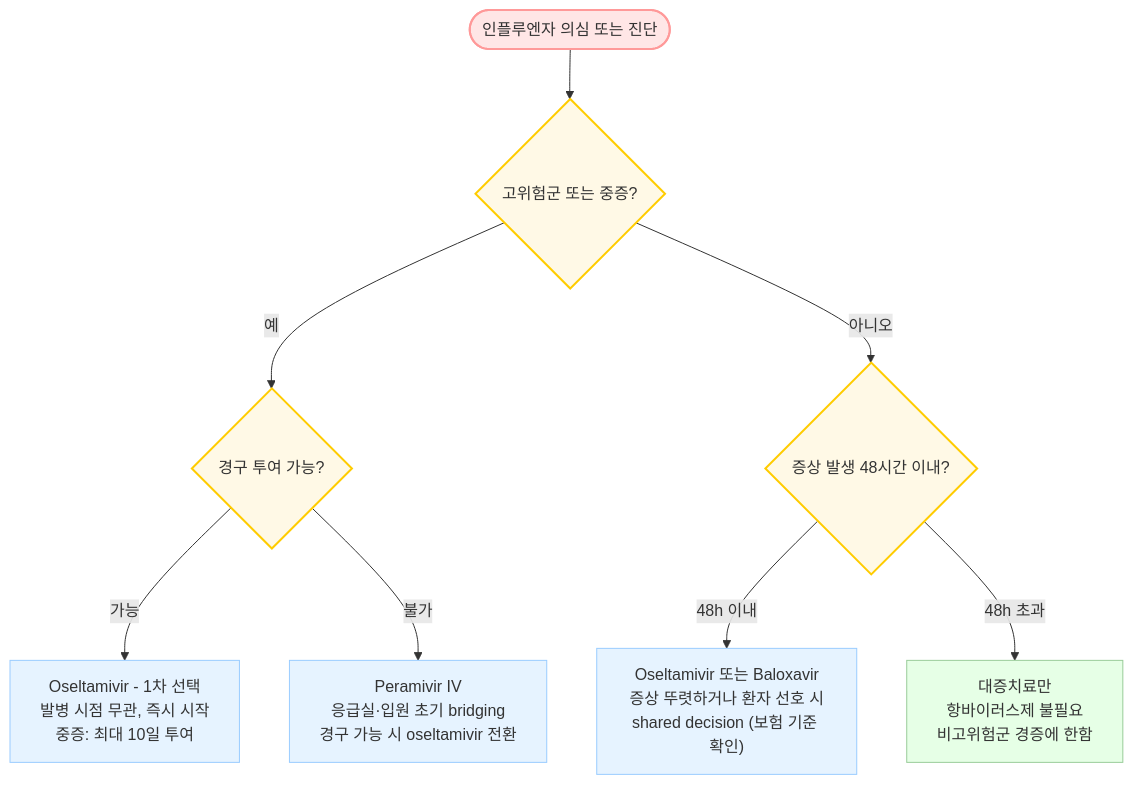
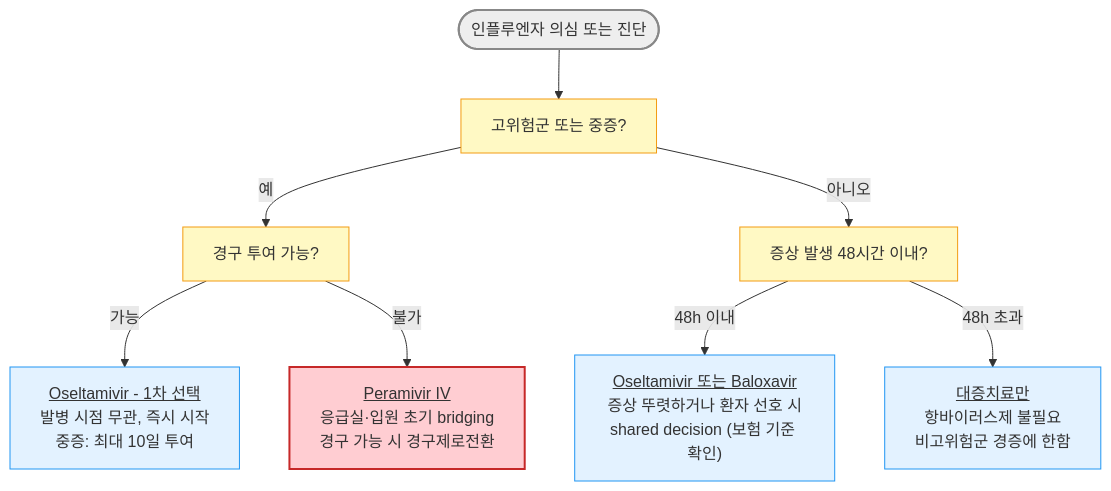
The diagram in 223_/069_-influenza.md (familyoh77/familyoh77), drawn with Mermaid before and after one commit. The commit also changed other lines of this file, not shown here.

````diff
--- a/223_/069_-influenza.md
+++ b/223_/069_-influenza.md
@@ -146,30 +139,28 @@
 ```mermaid
 graph TD
     Start([인플루엔자 의심 또는 진단])
 
-    Q1{고위험군 또는 중증?}
-    Q2{증상 발생 48시간 이내?}
-    Q3{경구 투여 가능?}
+    Q1[고위험군 또는 중증?]
+    Q2[증상 발생 48시간 이내?]
+    Q3[경구 투여 가능?]
 
-    R1["Oseltamivir - 1차 선택<br/>발병 시점 무관, 즉시 시작<br/>중증: 최대 10일 투여"]
-    R2["Oseltamivir 또는 Baloxavir<br/>증상 뚜렷하거나 환자 선호 시<br/>shared decision (보험 기준 확인)"]
-    R3["대증치료만<br/>항바이러스제 불필요<br/>비고위험군 경증에 한함"]
-    R4["Peramivir IV<br/>응급실·입원 초기 bridging<br/>경구 가능 시 oseltamivir 전환"]
+    R1["<u>Oseltamivir - 1차 선택</u><br/>발병 시점 무관, 즉시 시작<br/>중증: 최대 10일 투여"]
+    R2["<u>Oseltamivir 또는 Baloxavir</u><br/>증상 뚜렷하거나 환자 선호 시<br/>shared decision (보험 기준 확인)"]
+    R3["<u>대증치료만</u><br/>항바이러스제 불필요<br/>비고위험군 경증에 한함"]
+    R4["<u>Peramivir IV</u><br/>응급실·입원 초기 bridging<br/>경구 가능 시 경구제로전환"]
 
     Start --> Q1
     Q1 -- 예 --> Q3
     Q1 -- 아니오 --> Q2
     Q2 -- 48h 이내 --> R2
     Q2 -- 48h 초과 --> R3
     Q3 -- 가능 --> R1
     Q3 -- 불가 --> R4
 
-    style Start fill:#ffe6e6,stroke:#ff9999,stroke-width:2px
-    style Q1 fill:#fff9e6,stroke:#ffcc00,stroke-width:2px
-    style Q2 fill:#fff9e6,stroke:#ffcc00,stroke-width:2px
-    style Q3 fill:#fff9e6,stroke:#ffcc00,stroke-width:2px
-    style R1 fill:#e6f3ff,stroke:#99ccff
-    style R2 fill:#e6f3ff,stroke:#99ccff
-    style R3 fill:#e6ffe6,stroke:#99cc99
-    style R4 fill:#e6f3ff,stroke:#99ccff
+    style Start fill:#eeeeee,stroke:#888888,stroke-width:2px
+classDef yellow fill:#fff9c4,stroke:#f39c12
+class Q1,Q2,Q3 yellow
+classDef sky fill:#e3f2ff,stroke:#2196f3
+class R1,R2,R3 sky
+    style R4 fill:#ffcdd2,stroke:#c62828,stroke-width:2px
 ```
````
